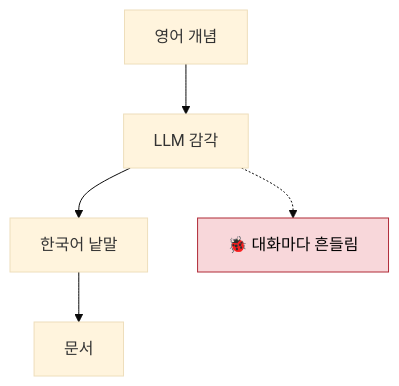
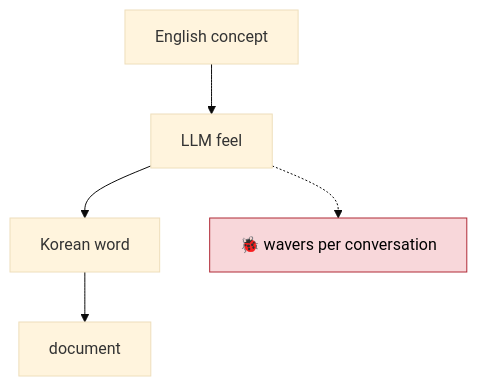
Before and after one commit to DogGuyMan/Agent-Report-Build-Pipeline: the seventh of 9 diagrams in docs/superpowers/plans/2026-10-28-ko-dev-terms.md, drawn with Mermaid (base theme). The commit also changed other lines of this file and 1 other file, not shown here.

Commit message:
[docs] : plans - ko-dev-terms 계획을 영어 정본과 한국어 번역본 두 파일로

````diff
--- a/docs/superpowers/plans/2026-10-28-ko-dev-terms.md
+++ b/docs/superpowers/plans/2026-10-28-ko-dev-terms.md
@@ -323,9 +331,9 @@
 ```mermaid
 flowchart TD
-    A["영어 개념"] --> B["LLM 감각"]
-    B --> C["한국어 낱말"]
-    C --> D["문서"]
-    B -.-> X["🐞 대화마다 흔들림"]
+    A["English concept"] --> B["LLM feel"]
+    B --> C["Korean word"]
+    C --> D["document"]
+    B -.-> X["🐞 wavers per conversation"]
     classDef block fill:#f8d7da,stroke:#b02a37,color:#000
     class X block
 ```
````
